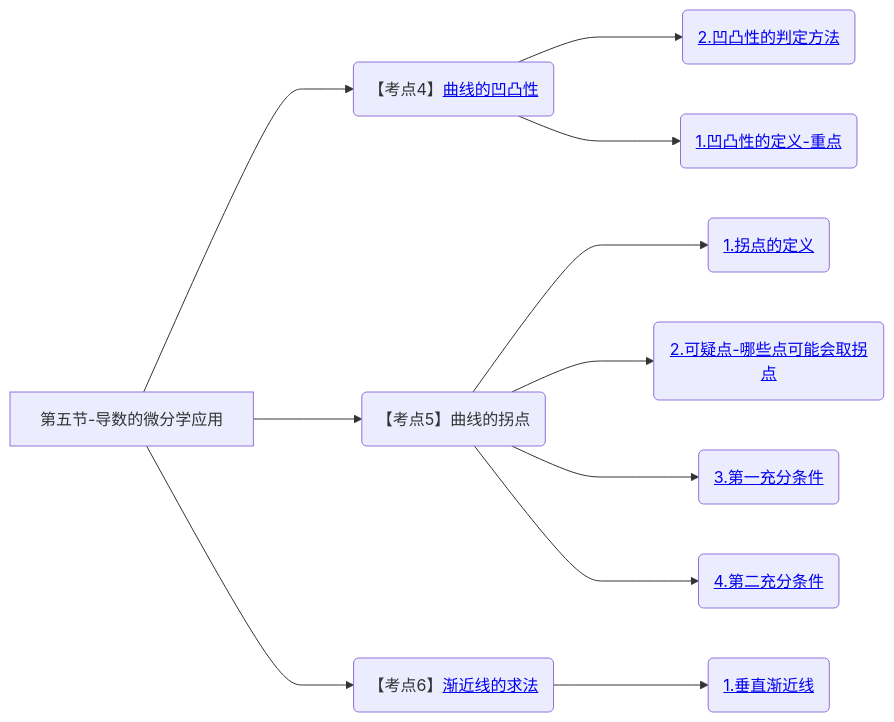
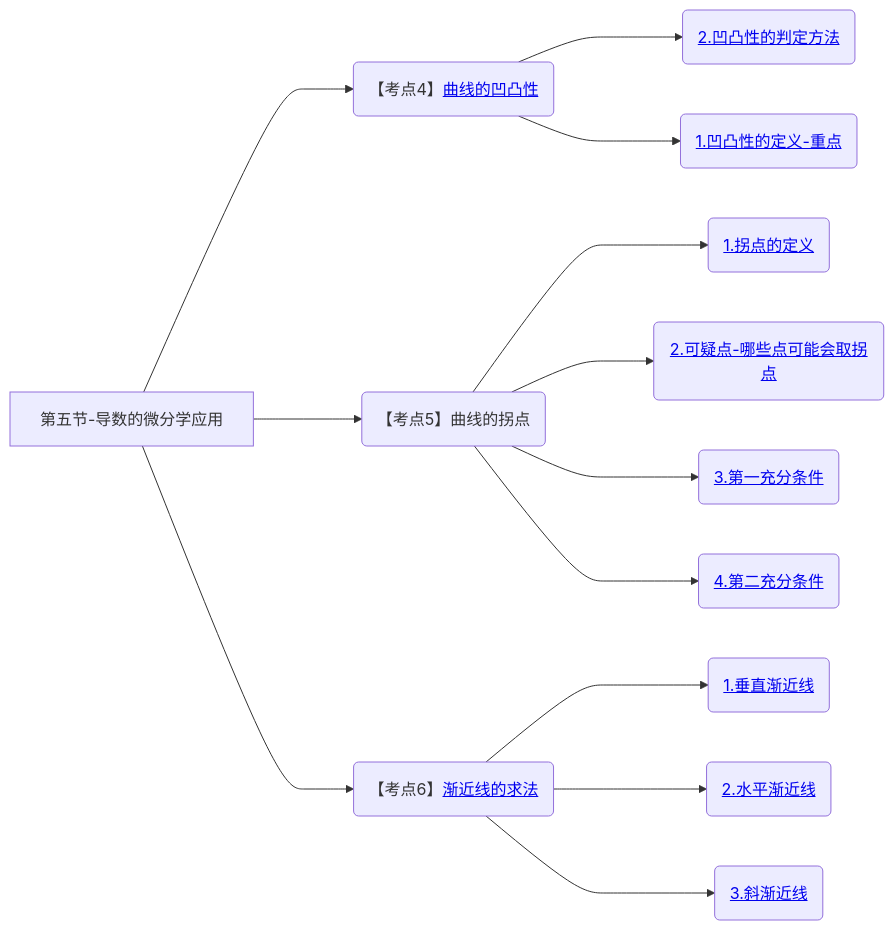
One commit to yuebinghui/note changed diagram 16 of 16 in 笔记/数学/周洋鑫/01.基础班思维导图.md. Above: the diagram before and after it, drawn with Mermaid. The commit also changed 4 other files, not shown here.

````diff
--- a/笔记/数学/周洋鑫/01.基础班思维导图.md
+++ b/笔记/数学/周洋鑫/01.基础班思维导图.md
@@ -566,18 +566,20 @@
 ```mermaid
 graph LR
 第五节-导数的微分学应用
 
 
 第五节-导数的微分学应用--->曲线的凹凸性(【考点4】<a href="/Users/yuebinghui/Documents/program/github/note/笔记/数学/周洋鑫/基础班/17.导数的微分学应用_3.md#曲线的凹凸性">曲线的凹凸性</>)
 曲线的凹凸性--->2.凹凸性的判定方法(<a href="/Users/yuebinghui/Documents/program/github/note/笔记/数学/周洋鑫/基础班/17.导数的微分学应用_3.md#2.凹凸性的判定方法">2.凹凸性的判定方法</>)
 曲线的凹凸性--->1.凹凸性的定义-重点(<a href="/Users/yuebinghui/Documents/program/github/note/笔记/数学/周洋鑫/基础班/17.导数的微分学应用_3.md#1.凹凸性的定义-重点">1.凹凸性的定义-重点</>)
 
 第五节-导数的微分学应用--->曲线的拐点(【考点5】曲线的拐点)
 曲线的拐点--->1.拐点的定义(<a href="/Users/yuebinghui/Documents/program/github/note/笔记/数学/周洋鑫/基础班/17.导数的微分学应用_3.md#1.拐点的定义">1.拐点的定义</>)
 曲线的拐点--->2.可疑点-哪些点可能会取拐点(<a href="/Users/yuebinghui/Documents/program/github/note/笔记/数学/周洋鑫/基础班/17.导数的微分学应用_3.md#2.可疑点-哪些点可能会取拐点">2.可疑点-哪些点可能会取拐点</>)
 曲线的拐点--->3.第一充分条件(<a href="/Users/yuebinghui/Documents/program/github/note/笔记/数学/周洋鑫/基础班/17.导数的微分学应用_3.md#3.第一充分条件">3.第一充分条件</>)
 曲线的拐点--->4.第二充分条件(<a href="/Users/yuebinghui/Documents/program/github/note/笔记/数学/周洋鑫/基础班/17.导数的微分学应用_3.md#4.第二充分条件">4.第二充分条件</>)
 
 第五节-导数的微分学应用--->渐近线的求法(【考点6】<a href="/Users/yuebinghui/Documents/program/github/note/笔记/数学/周洋鑫/基础班/17.导数的微分学应用_3.md#渐近线的求法">渐近线的求法</>)
 渐近线的求法--->1.垂直渐近线(<a href="/Users/yuebinghui/Documents/program/github/note/笔记/数学/周洋鑫/基础班/17.导数的微分学应用_3.md#1.垂直渐近线">1.垂直渐近线</>)
+渐近线的求法--->2.水平渐近线(<a href="/Users/yuebinghui/Documents/program/github/note/笔记/数学/周洋鑫/基础班/17.导数的微分学应用_3.md#2.水平渐近线">2.水平渐近线</>)
+渐近线的求法--->3.斜渐近线(<a href="/Users/yuebinghui/Documents/program/github/note/笔记/数学/周洋鑫/基础班/17.导数的微分学应用_3.md#3.斜渐近线">3.斜渐近线</>)
 ```
````
